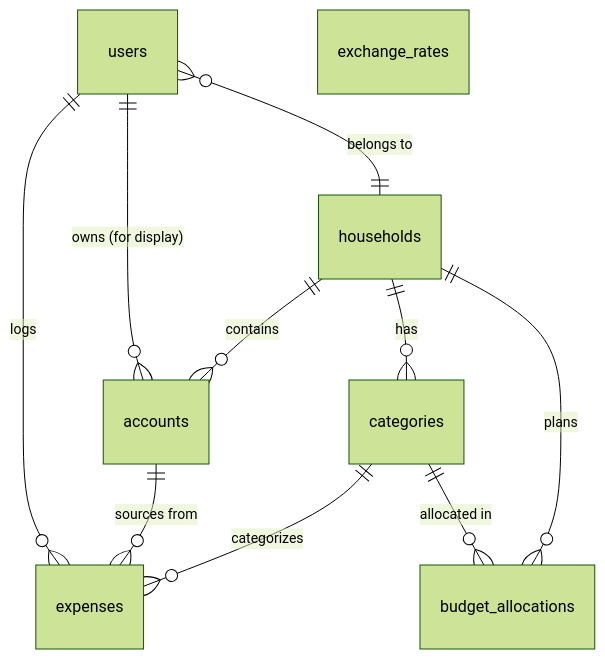
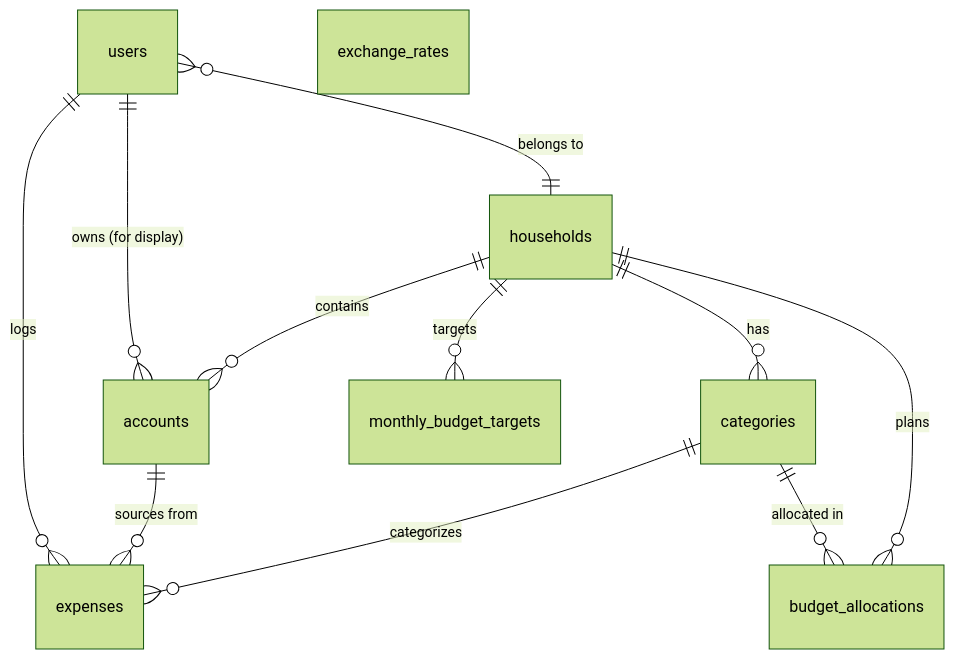
One commit to tucared/quick-budget changed the diagram in DATA_MODEL.md. Above: the diagram before and after it, drawn with Mermaid (forest theme). The commit also changed other lines of this file and 13 other files, not shown here.

````diff
--- a/DATA_MODEL.md
+++ b/DATA_MODEL.md
@@ -9,23 +9,25 @@
 ```mermaid
 erDiagram
     users }o--|| households : "belongs to"
     users ||--o{ expenses : "logs"
     users ||--o{ accounts : "owns (for display)"
 
     accounts ||--o{ expenses : "sources from"
 
     categories ||--o{ expenses : "categorizes"
     categories ||--o{ budget_allocations : "allocated in"
 
     households ||--o{ accounts : "contains"
     households ||--o{ categories : "has"
     households ||--o{ budget_allocations : "plans"
+    households ||--o{ monthly_budget_targets : "targets"
 
     users
     households
     categories
     budget_allocations
+    monthly_budget_targets
     expenses
     accounts
     exchange_rates
 ```
````
